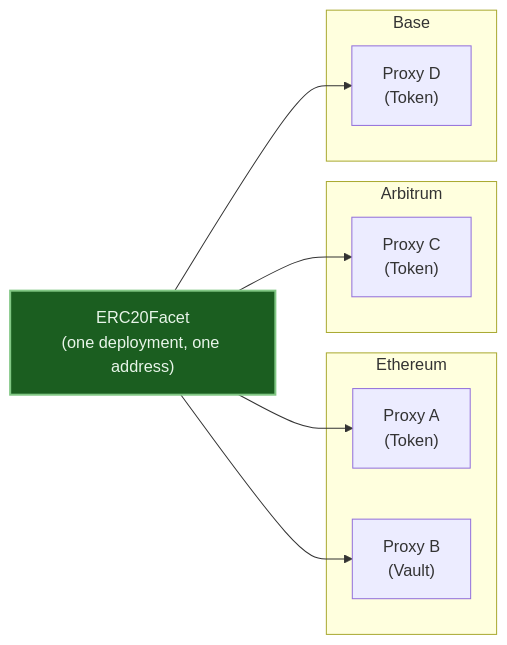
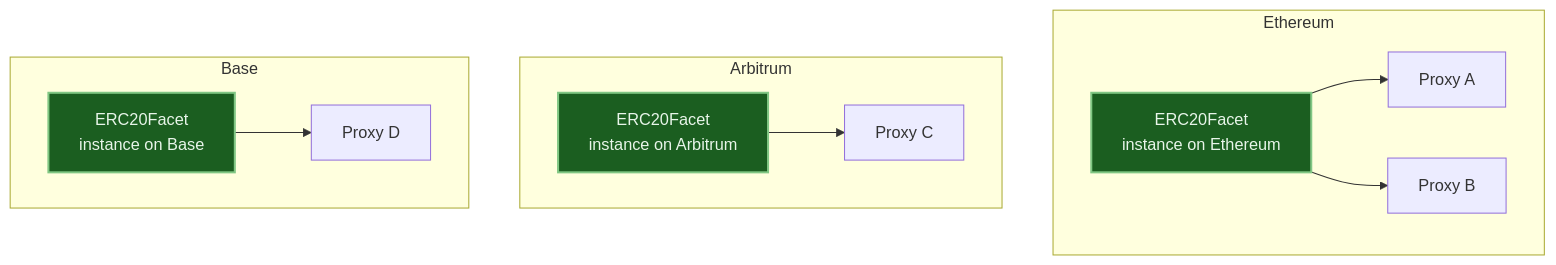
Before and after one commit to cyotee/crane: the diagram in docs/README.md, drawn with Mermaid. The commit also changed other lines of this file and 155 other files, not shown here.

First line of the commit message:
docs: correct per-chain facet instances; fix CI forge fmt

````diff
--- a/docs/README.md
+++ b/docs/README.md
@@ -19,24 +21,24 @@
 ```mermaid
-flowchart LR
-    Facet["ERC20Facet<br/>(one deployment, one address)"]:::facet
-
-    subgraph Chain1["Ethereum"]
-        P1["Proxy A<br/>(Token)"]
-        P2["Proxy B<br/>(Vault)"]
+flowchart TB
+    subgraph Eth["Ethereum"]
+        F1["ERC20Facet<br/>instance on Ethereum"]:::facet
+        P1["Proxy A"]
+        P2["Proxy B"]
+        F1 --> P1
+        F1 --> P2
     end
 
-    subgraph Chain2["Arbitrum"]
-        P3["Proxy C<br/>(Token)"]
+    subgraph Arb["Arbitrum"]
+        F2["ERC20Facet<br/>instance on Arbitrum"]:::facet
+        P3["Proxy C"]
+        F2 --> P3
     end
 
-    subgraph Chain3["Base"]
-        P4["Proxy D<br/>(Token)"]
+    subgraph Base["Base"]
+        F3["ERC20Facet<br/>instance on Base"]:::facet
+        P4["Proxy D"]
+        F3 --> P4
     end
-
-    Facet --> P1
-    Facet --> P2
-    Facet --> P3
-    Facet --> P4
 
     classDef facet fill:#1b5e20,stroke:#81c784,color:#e8f5e9,stroke-width:2px
 ```
````
